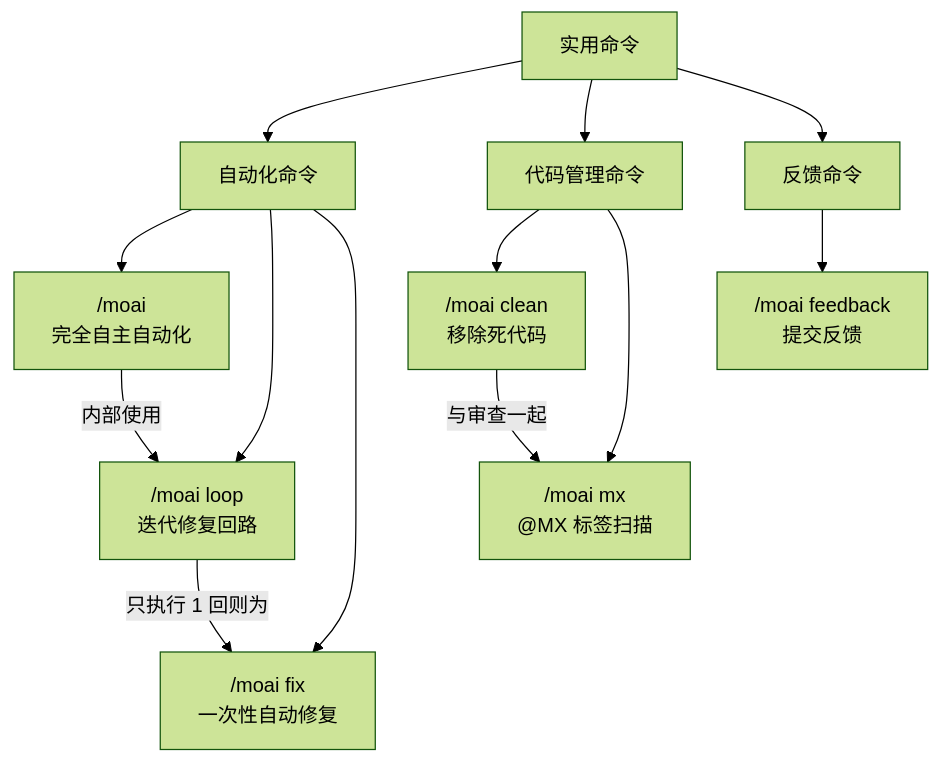
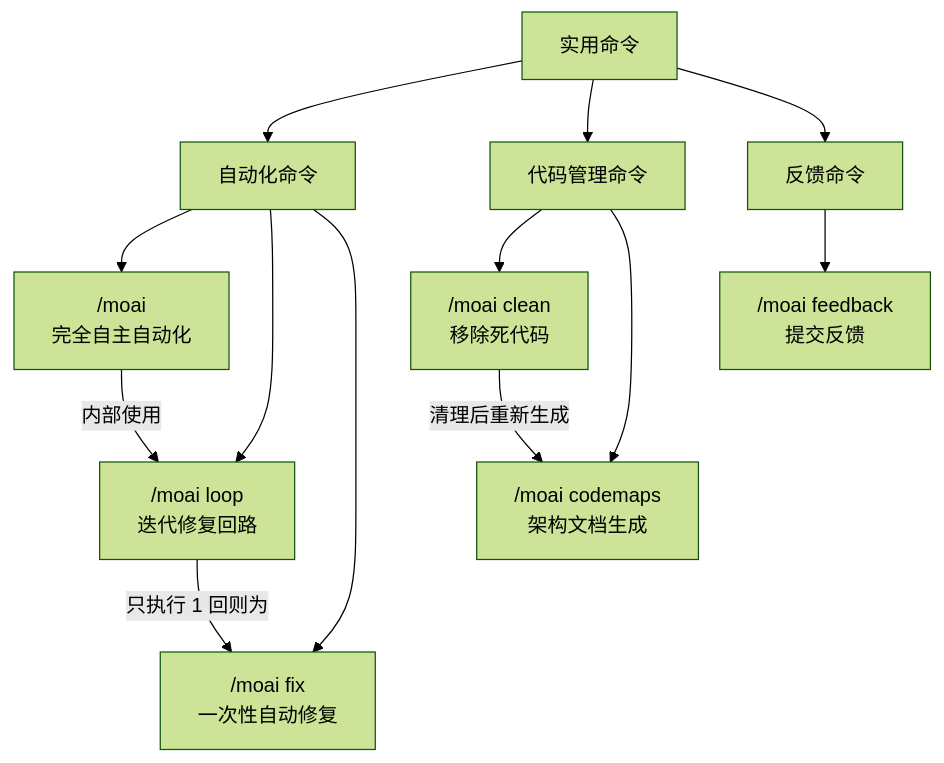
Before and after one commit to modu-ai/moai-adk: the diagram in docs-site/content/zh/utility-commands/_index.md, drawn with Mermaid (forest theme). The commit also changed other lines of this file and 100 other files, not shown here.

````diff
--- a/docs-site/content/zh/utility-commands/_index.md
+++ b/docs-site/content/zh/utility-commands/_index.md
@@ -31,17 +31,17 @@
 ```mermaid
 flowchart TD
     A[实用命令] --> B[自动化命令]
     A --> C[代码管理命令]
     A --> D[反馈命令]
 
     B --> E["/moai<br/>完全自主自动化"]
     B --> F["/moai loop<br/>迭代修复回路"]
     B --> G["/moai fix<br/>一次性自动修复"]
     C --> H["/moai clean<br/>移除死代码"]
-    C --> I["/moai mx<br/>@MX 标签扫描"]
+    C --> I["/moai codemaps<br/>架构文档生成"]
     D --> J["/moai feedback<br/>提交反馈"]
 
     E -->|内部使用| F
     F -->|只执行 1 回则为| G
-    H -->|与审查一起| I
+    H -->|清理后重新生成| I
 ```
````
